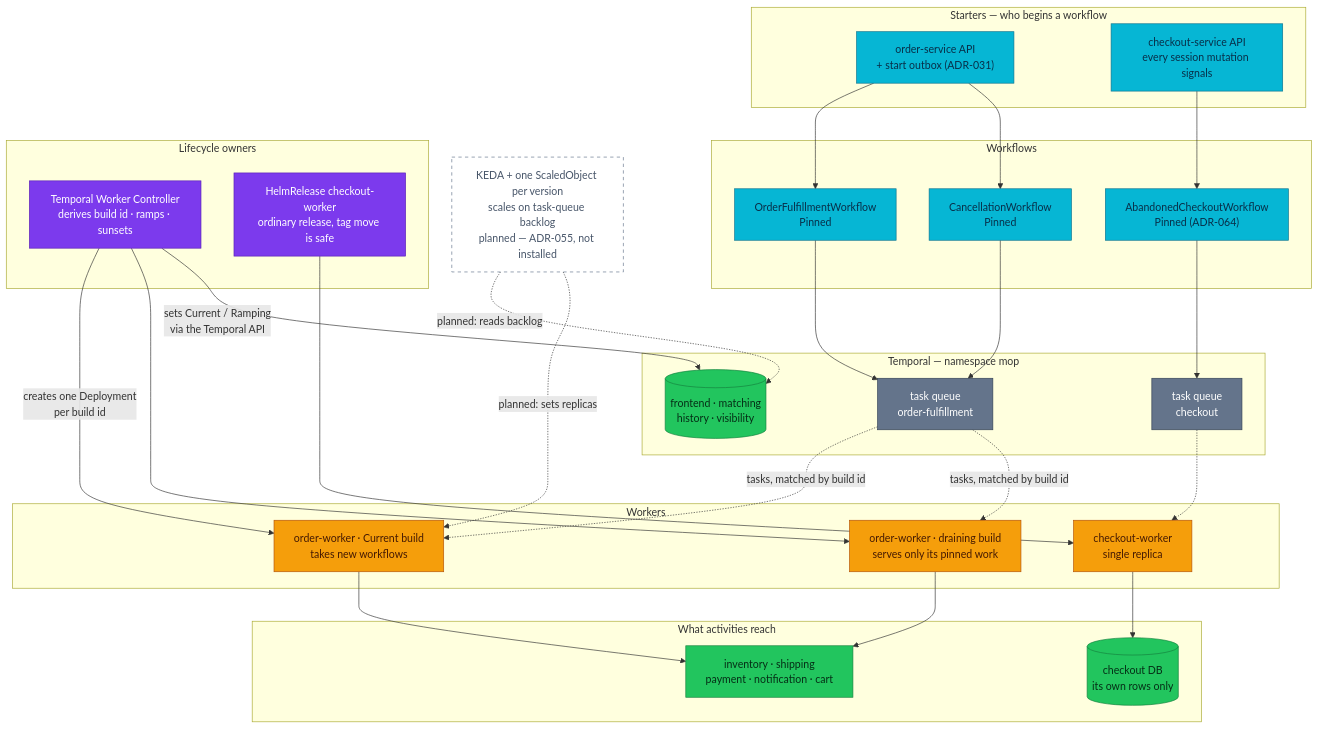
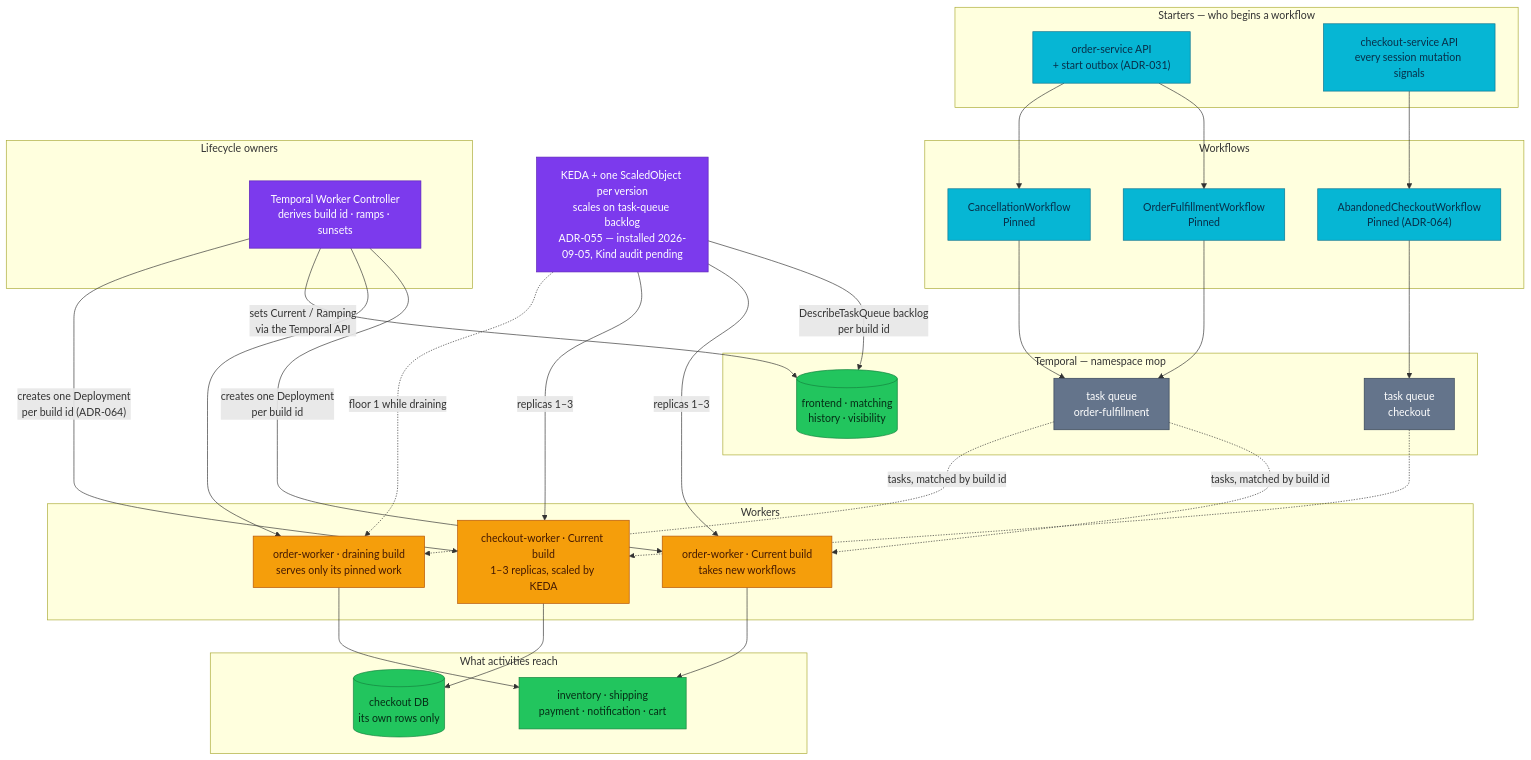
Before and after one commit to duynhlab/homelab: the diagram in docs/api/workflows.md, drawn with Mermaid. The commit also changed other lines of this file and 52 other files, not shown here.

First line of the commit message:
Install KEDA autoscaling for Temporal workers (ADR-055) (#996)

````diff
--- a/docs/api/workflows.md
+++ b/docs/api/workflows.md
@@ -30,72 +30,73 @@
 ```mermaid
 flowchart TD
   subgraph starters["Starters — who begins a workflow"]
     OAPI["order-service API<br/>+ start outbox (ADR-031)"]
     CAPI["checkout-service API<br/>every session mutation signals"]
   end
 
   subgraph wf["Workflows"]
     OFW["OrderFulfillmentWorkflow<br/>Pinned"]
     CW["CancellationWorkflow<br/>Pinned"]
     ACW["AbandonedCheckoutWorkflow<br/>Pinned (ADR-064)"]
   end
 
   subgraph srv["Temporal — namespace mop"]
     TS[("frontend · matching<br/>history · visibility")]
     QF["task queue<br/>order-fulfillment"]
     QC["task queue<br/>checkout"]
   end
 
   subgraph ctl["Lifecycle owners"]
     WC["Temporal Worker Controller<br/>derives build id · ramps · sunsets"]
-    HR["HelmRelease checkout-worker<br/>ordinary release, tag move is safe"]
   end
 
   subgraph run["Workers"]
     OWc["order-worker · Current build<br/>takes new workflows"]
     OWd["order-worker · draining build<br/>serves only its pinned work"]
-    CKW["checkout-worker<br/>single replica"]
+    CKW["checkout-worker · Current build<br/>1–3 replicas, scaled by KEDA"]
   end
 
   subgraph down["What activities reach"]
     DS["inventory · shipping<br/>payment · notification · cart"]
     CDB[("checkout DB<br/>its own rows only")]
   end
 
-  KEDA["KEDA + one ScaledObject per version<br/>scales on task-queue backlog<br/>planned — ADR-055, not installed"]
+  KEDA["KEDA + one ScaledObject per version<br/>scales on task-queue backlog<br/>ADR-055 — installed 2026-09-05, Kind audit pending"]
 
   OAPI --> OFW
   OAPI --> CW
   CAPI --> ACW
   OFW --> QF
   CW --> QF
   ACW --> QC
   QF -.->|"tasks, matched by build id"| OWc
   QF -.->|"tasks, matched by build id"| OWd
   QC -.-> CKW
 
   WC -->|"creates one Deployment<br/>per build id"| OWc
   WC --> OWd
   WC -->|"sets Current / Ramping<br/>via the Temporal API"| TS
-  HR --> CKW
+  WC -->|"creates one Deployment<br/>per build id (ADR-064)"| CKW
 
   OWc --> DS
   OWd --> DS
   CKW --> CDB
 
-  KEDA -.->|"planned: reads backlog"| TS
-  KEDA -.->|"planned: sets replicas"| OWc
+  KEDA -->|"DescribeTaskQueue backlog<br/>per build id"| TS
+  KEDA -->|"replicas 1–3"| OWc
+  KEDA -->|"replicas 1–3"| CKW
+  KEDA -.->|"floor 1 while draining"| OWd
 
   classDef service fill:#06b6d4,color:#082f49,stroke:#0e7490;
   classDef worker fill:#f59e0b,color:#451a03,stroke:#b45309;
   classDef platform fill:#7c3aed,color:#fff,stroke:#5b21b6;
   classDef data fill:#22c55e,color:#052e16,stroke:#15803d;
   classDef external fill:#64748b,color:#fff,stroke:#334155;
   classDef planned fill:#fff,color:#475569,stroke:#64748b,stroke-dasharray:5 5;
   class OAPI,CAPI,OFW,CW,ACW service
   class OWc,OWd,CKW worker
-  class WC,HR platform
+  class WC platform
   class TS,DS,CDB data
   class QF,QC external
-  class KEDA planned
+  class KEDA platform
 ```
````
